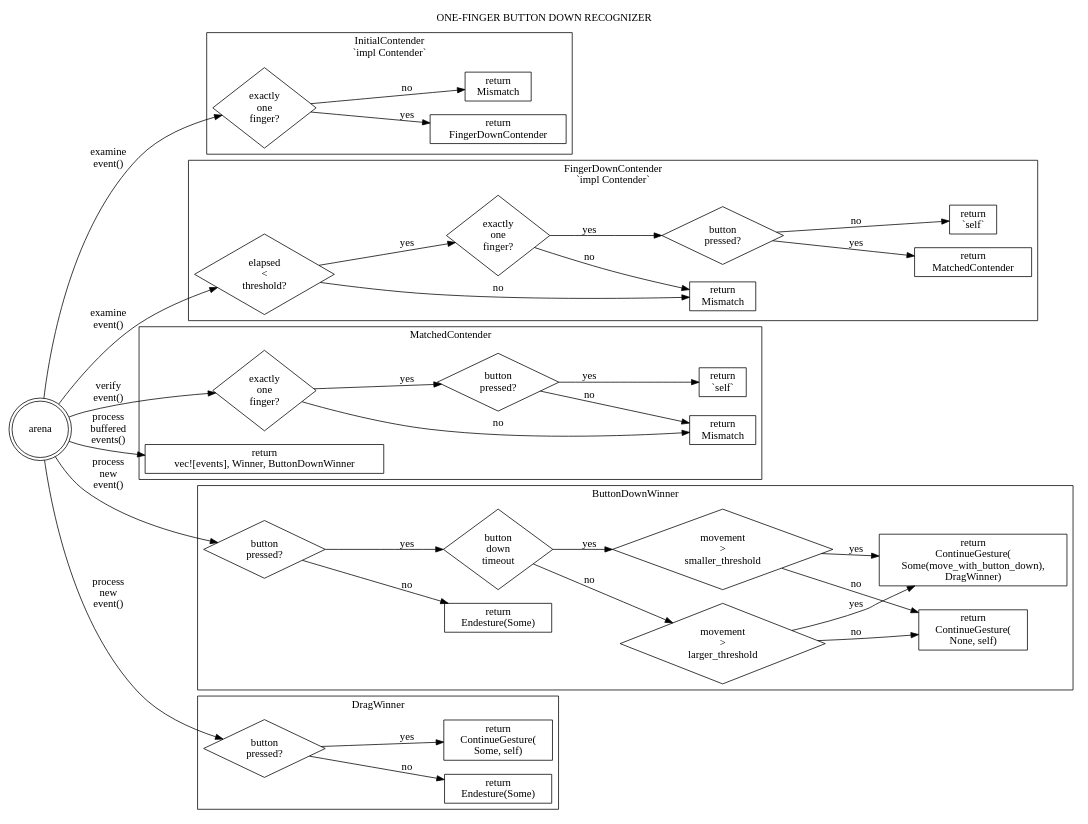
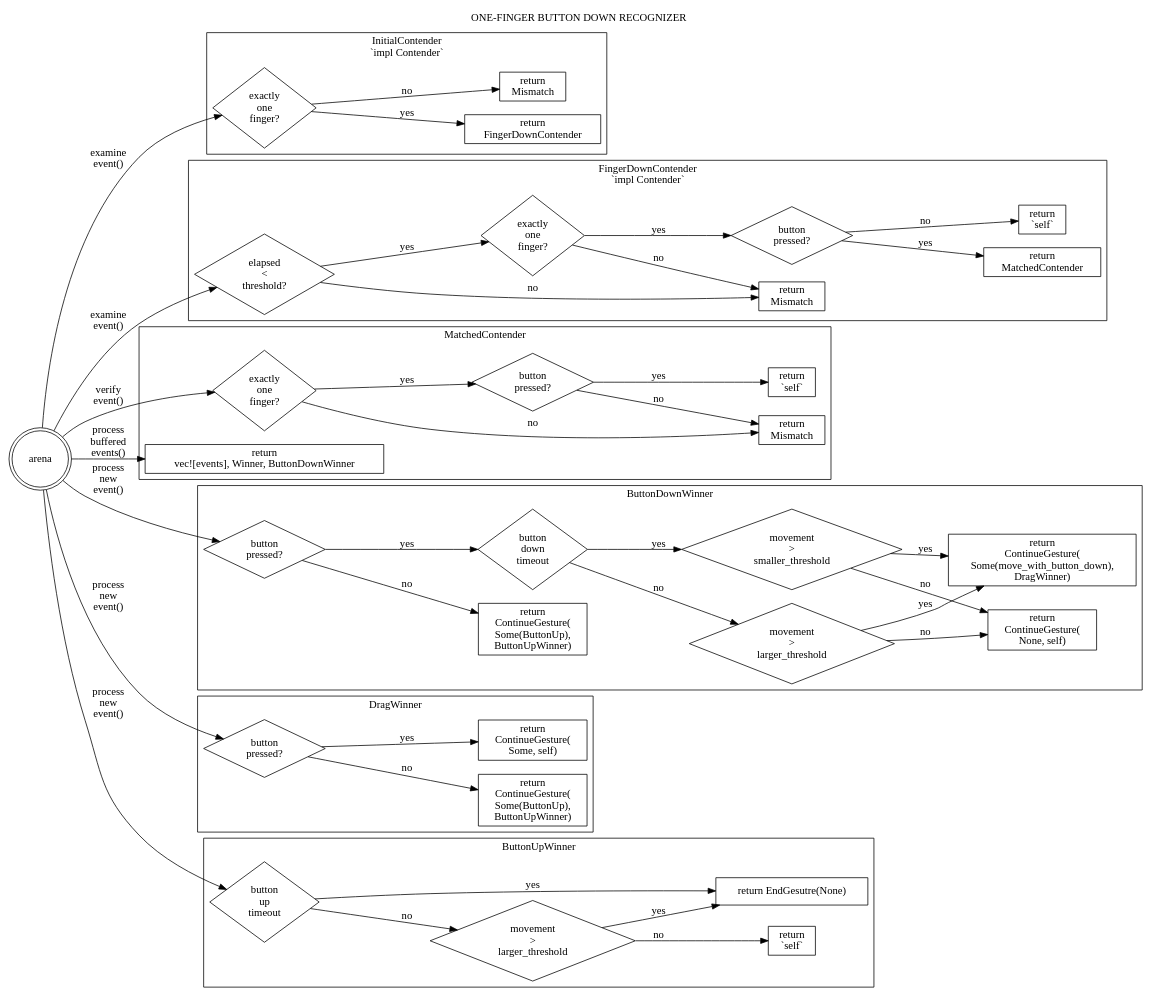
The diagram in src/ui/lib/input_pipeline/docs/gestures/one_button_state_machine.dot (lachlanmackenzie1234/fuchsia), drawn with Graphviz before and after one commit. The commit also changed 15 other files, not shown here.

```diff
--- a/src/ui/lib/input_pipeline/docs/gestures/one_button_state_machine.dot
+++ b/src/ui/lib/input_pipeline/docs/gestures/one_button_state_machine.dot
@@ -1,136 +1,155 @@
 digraph {
   rankdir="LR"
   label="ONE-FINGER BUTTON DOWN RECOGNIZER" labelloc="t"
 
   // The gesture arena, which invokes methods on the various states of the recognizer.
   arena [shape="doublecircle"]
 
   // Definition of `InitialContender`.
   //
   // This state does _not_ require the button to be pressed, to allow
   // the user some time between initial touchpad contact, and depressing
   // the button.
   arena -> examine_at_initial_contender [label="examine\nevent()"]
   examine_at_initial_contender [shape="diamond" label="exactly\none\nfinger?"]
   examine_at_initial_contender -> return_finger_down_contender_at_initial_contender [label="yes"]
   examine_at_initial_contender -> return_mismatch_at_initial_contender [label="no"]
   return_finger_down_contender_at_initial_contender [shape="rectangle" label="return\nFingerDownContender"]
   return_mismatch_at_initial_contender [shape="rectangle" label="return\nMismatch"]
   subgraph cluster_initial_contender {
     label="InitialContender\n`impl Contender`"
     examine_at_initial_contender
     return_finger_down_contender_at_initial_contender
     return_mismatch_at_initial_contender
   }
 
   // Definition of `FingerDownContender`.
   arena -> examine_at_finger_down_contender [label="examine\nevent()"]
   examine_at_finger_down_contender [shape="diamond" label="elapsed\n<\nthreshold?"]
   examine_at_finger_down_contender -> return_mismatch_at_finger_down_contender [label="no"]
   examine_at_finger_down_contender -> examine2_at_finger_down_contender [label="yes"]
   examine2_at_finger_down_contender [shape="diamond" label="exactly\none\nfinger?"]
   examine2_at_finger_down_contender -> return_mismatch_at_finger_down_contender [label="no"]
   examine2_at_finger_down_contender -> examine3_at_finger_down_contender [label="yes"]
   examine3_at_finger_down_contender [shape="diamond" label="button\npressed?"]
   examine3_at_finger_down_contender -> return_matched_contender_at_finger_down_contender [label="yes"]
   examine3_at_finger_down_contender -> return_self_at_finger_down_contender [label="no"]
   return_mismatch_at_finger_down_contender [shape="rectangle" label="return\nMismatch"]
   return_matched_contender_at_finger_down_contender [shape="rectangle" label="return\nMatchedContender"]
   return_self_at_finger_down_contender [shape="rectangle" label="return\n`self`"]
   subgraph cluster_finger_down_contender {
     label="FingerDownContender\n`impl Contender`"
     examine_at_finger_down_contender
     examine2_at_finger_down_contender
     examine3_at_finger_down_contender
     return_mismatch_at_finger_down_contender
     return_matched_contender_at_finger_down_contender
     return_self_at_finger_down_contender
   }
 
   // Definition of `MatchedContender`.
   arena -> verify_at_matched_contender [label="verify\nevent()"]
   verify_at_matched_contender [shape="diamond" label="exactly\none\nfinger?"]
   verify_at_matched_contender -> return_mismatch_at_matched_contender [label="no"]
   verify_at_matched_contender -> verify2_at_matched_contender [label="yes"]
   verify2_at_matched_contender [shape="diamond" label="button\npressed?"]
   verify2_at_matched_contender -> return_mismatch_at_matched_contender [label="no"]
   verify2_at_matched_contender -> return_self_at_matched_contender [label="yes"]
   return_mismatch_at_matched_contender [shape="rectangle" label="return\nMismatch"]
   return_self_at_matched_contender [shape="rectangle" label="return\n`self`"]
   arena -> return_button_down_winner_at_matched_contender [label="process\nbuffered\nevents()"]
   return_button_down_winner_at_matched_contender [shape="rectangle" label="return\nvec![events], Winner, ButtonDownWinner"]
   subgraph cluster_matched_contender {
     label="MatchedContender"
     verify_at_matched_contender
     verify2_at_matched_contender
     return_mismatch_at_matched_contender
     return_self_at_matched_contender
     return_button_down_winner_at_matched_contender
   }
 
   arena -> process_at_button_down_winner [label="process\nnew\nevent()"]
-  // if button release, end the gesture and send button up.
   process_at_button_down_winner [shape="diamond" label="button\npressed?"]
-  process_at_button_down_winner -> return_end_with_button_up_at_winner [label="no"]
+  process_at_button_down_winner -> return_button_up_winner_at_button_down_winner [label="no"]
   process_at_button_down_winner -> process2_at_button_down_winner [label="yes"]
-  return_end_with_button_up_at_winner [shape="rectangle" label="return\nEndesture(Some)"]
+  return_button_up_winner_at_button_down_winner [shape="rectangle" label="return\nContinueGesture(\nSome(ButtonUp),\nButtonUpWinner)"]
 
   // if button for certain time, it is likely a drag gesture, use smaller
   // threshold for detect as drag.
   process2_at_button_down_winner [shape="diamond" label="button\ndown\ntimeout"]
   process2_at_button_down_winner -> process3_at_button_down_winner[label="no"]
   process2_at_button_down_winner -> process4_at_button_down_winner[label="yes"]
 
   // if movement more than threshold, it is a drag gesture. otherwise we don't
   // need to send any event as no state change (no button change and no movement).
   process3_at_button_down_winner [shape="diamond" label="movement\n>\nlarger_threshold"]
   process3_at_button_down_winner -> return_continue_with_no_event_at_winner[label="no"]
   process3_at_button_down_winner -> return_drag_winner[label="yes"]
   return_continue_with_no_event_at_winner [shape="rectangle" label="return\nContinueGesture(\nNone, self)"]
   return_drag_winner [shape="rectangle" label="return\nContinueGesture(\nSome(move_with_button_down),\nDragWinner)"]
 
   process4_at_button_down_winner [shape="diamond" label="movement\n>\nsmaller_threshold"]
   process4_at_button_down_winner -> return_continue_with_no_event_at_winner[label="no"]
   process4_at_button_down_winner -> return_drag_winner[label="yes"]
 
   // Here number of finger does not matter anymore.
   // 1. Zero finger is not possible, as button is still pressing.
   // 2. 1 finger is ok to keep on current winner.
   // 3. >1 finger, we should keep on current winner and ignore the second finger
   //    until button release. If we end gesture here, we never have chance to handle
   //    the button up.
 
   subgraph cluster_forward_button_down {
     label="ButtonDownWinner"
     process_at_button_down_winner
-    return_end_with_button_up_at_winner
+    return_button_up_winner_at_button_down_winner
     process2_at_button_down_winner
     process3_at_button_down_winner
     process4_at_button_down_winner
     return_drag_winner
     return_continue_with_no_event_at_winner
   }
 
   arena -> process_at_drag_winner [label="process\nnew\nevent()"]
   // if button release, end the gesture and send button up.
   // otherwise, translate the 1st finger movement to mouse event.
   process_at_drag_winner [shape="diamond" label="button\npressed?"]
-  process_at_drag_winner -> return_end_with_button_up_at_drag_winner [label="no"]
+  process_at_drag_winner -> return_button_up_winner_at_drag_winner [label="no"]
   process_at_drag_winner -> return_continue_with_event_at_winner [label="yes"]
-  return_end_with_button_up_at_drag_winner [shape="rectangle" label="return\nEndesture(Some)"]
+  return_button_up_winner_at_drag_winner [shape="rectangle" label="return\nContinueGesture(\nSome(ButtonUp),\nButtonUpWinner)"]
   return_continue_with_event_at_winner [shape="rectangle" label="return\nContinueGesture(\nSome, self)"]
 
   // Here number of finger does not matter anymore.
   // 1. Zero finger is not possible, as button is still pressing.
   // 2. 1 finger is ok to keep on current winner.
   // 3. >1 finger, we should keep on current winner and ignore the second finger
   //    until button release. If we end gesture here, we never have chance to handle
   //    the button up.
 
   subgraph cluster_forward_motion {
     label="DragWinner"
     process_at_drag_winner
-    return_end_with_button_up_at_drag_winner
+    return_button_up_winner_at_drag_winner
     return_continue_with_event_at_winner
   }
+
+  arena -> process_at_button_up_winner [label="process\nnew\nevent()"]
+  process_at_button_up_winner [shape="diamond" label="button\nup\ntimeout"]
+  process_at_button_up_winner -> process2_at_button_up_winner[label="no"]
+  process_at_button_up_winner -> return_end_at_button_up_winner[label="yes"]
+
+  process2_at_button_up_winner [shape="diamond" label="movement\n>\nlarger_threshold"]
+  process2_at_button_up_winner -> return_self_at_button_up_winner[label="no"]
+  process2_at_button_up_winner -> return_end_at_button_up_winner[label="yes"]
+
+  return_self_at_button_up_winner [shape="rectangle" label="return\n`self`"]
+  return_end_at_button_up_winner [shape="rectangle" label="return EndGesutre(None)"]
+
+  subgraph cluster_ignore_motion_after_button_up {
+    label="ButtonUpWinner"
+    process_at_button_up_winner
+    process2_at_button_up_winner
+    return_self_at_button_up_winner
+    return_end_at_button_up_winner
+  }
 }
```
